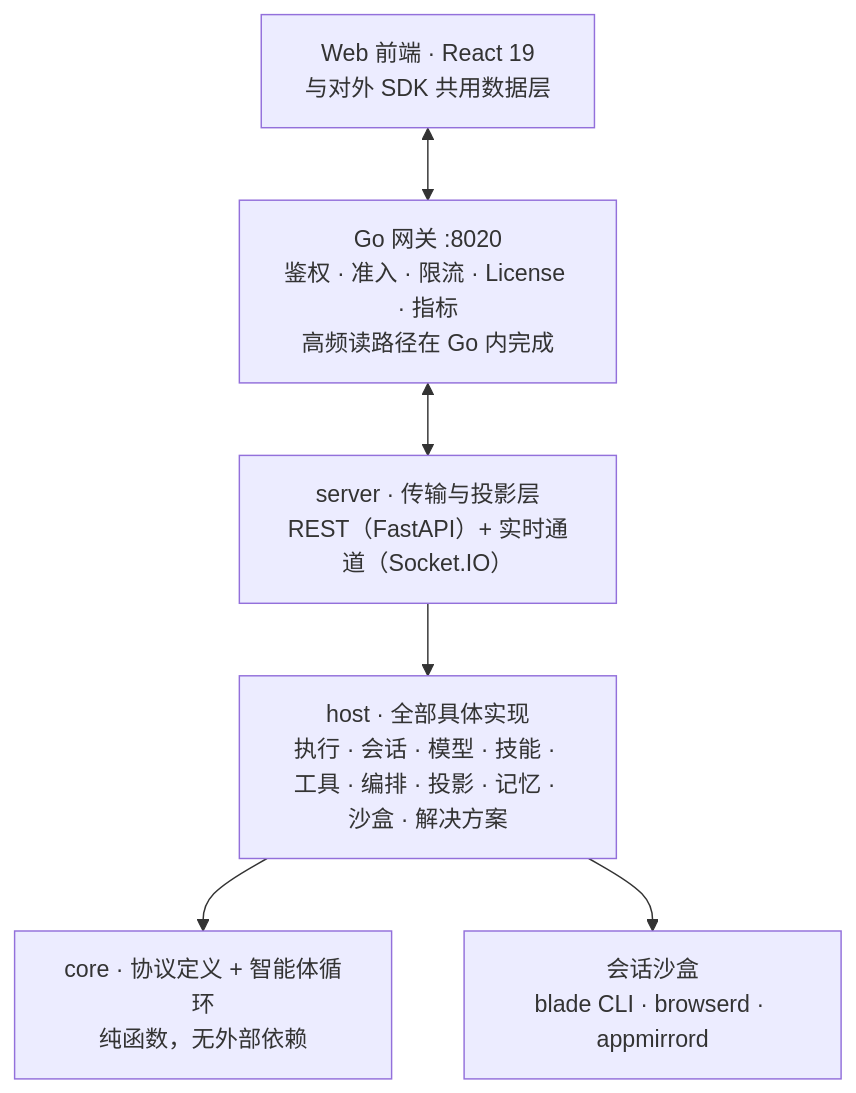
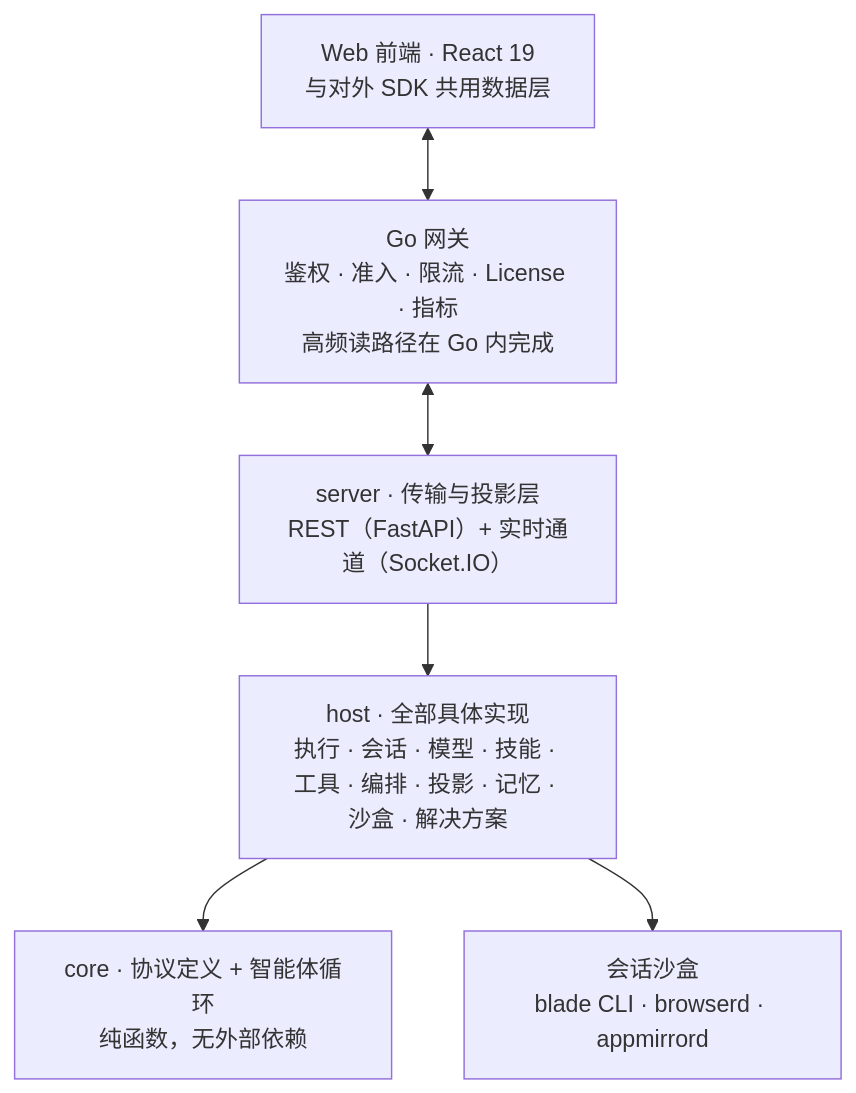
One commit to blade-hq/public-docs changed the second of 3 diagrams in src/content/docs/whitepaper.md. Above: the diagram before and after it, drawn with Mermaid.

Commit message:
docs(whitepaper): 分层图去掉端口号

````diff
--- a/src/content/docs/whitepaper.md
+++ b/src/content/docs/whitepaper.md
@@ -208,13 +208,13 @@
 ```mermaid
 graph TB
   WEB[Web 前端 · React 19<br/>与对外 SDK 共用数据层]
-  GW[Go 网关 :8020<br/>鉴权 · 准入 · 限流 · License · 指标<br/>高频读路径在 Go 内完成]
+  GW[Go 网关<br/>鉴权 · 准入 · 限流 · License · 指标<br/>高频读路径在 Go 内完成]
   SRV[server · 传输与投影层<br/>REST（FastAPI）+ 实时通道（Socket.IO）]
   HOST[host · 全部具体实现<br/>执行 · 会话 · 模型 · 技能 · 工具 · 编排 · 投影 · 记忆 · 沙盒 · 解决方案]
   CORE[core · 协议定义 + 智能体循环<br/>纯函数，无外部依赖]
   WEB <--> GW
   GW <--> SRV
   SRV --> HOST
   HOST --> CORE
   HOST --> SB[会话沙盒<br/>blade CLI · browserd · appmirrord]
 ```
````
